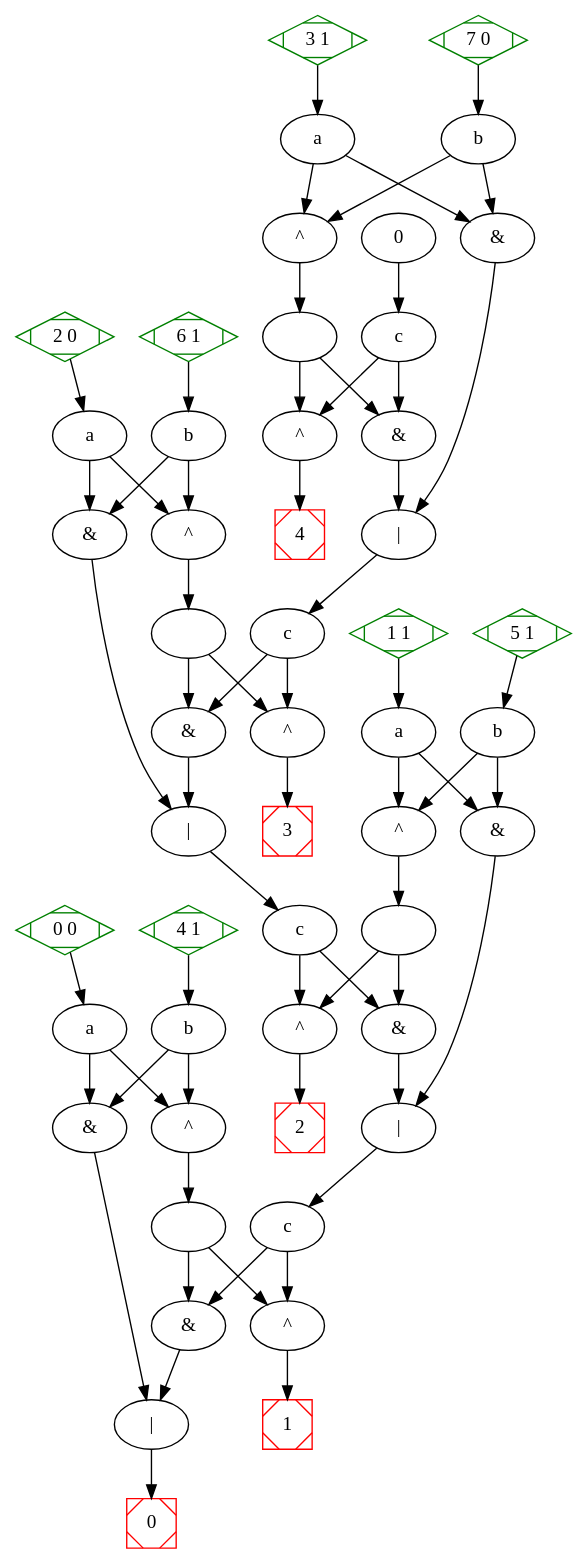
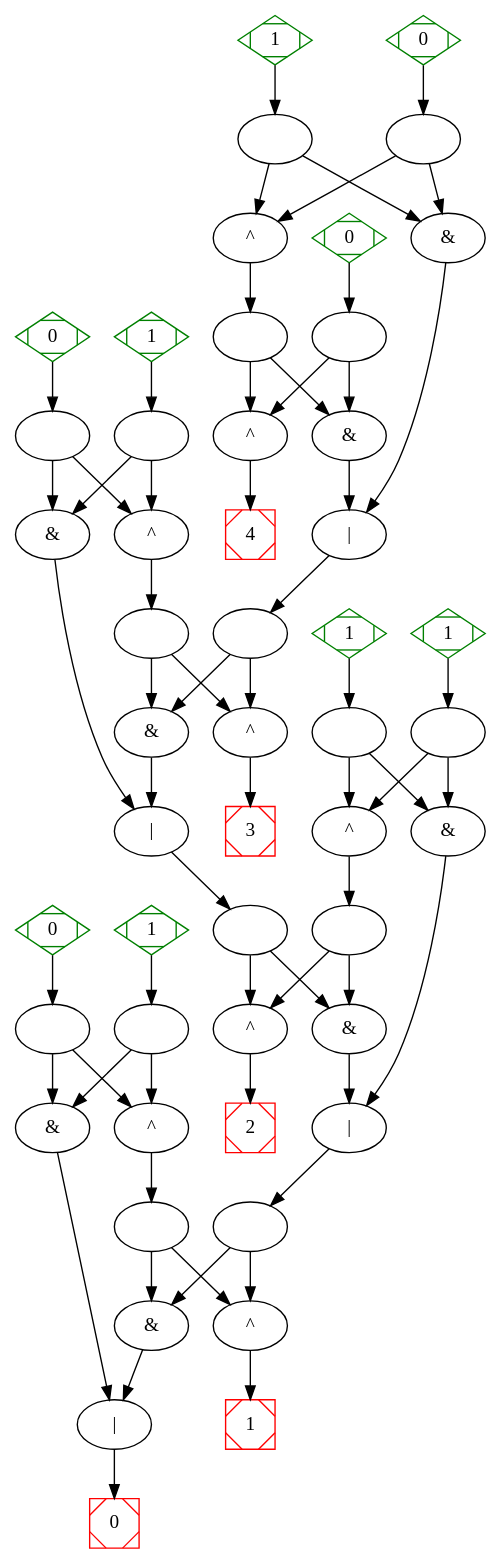
Before and after one commit to Livarg/Projet2-IM: the diagram in Open_digraph.dot, drawn with Graphviz. The commit also changed 4 other files, not shown here.

```diff
--- a/Open_digraph.dot
+++ b/Open_digraph.dot
@@ -1,128 +1,129 @@
 digraph G { 
 
     42->45;
     42->46;
-    42[label = "a"]; 
+    42[label = ""]; 
     43->45;
     43->46;
-    43[label = "b"]; 
+    43[label = ""]; 
     44->48;
     44->50;
-    44[label = "c"]; 
+    44[label = ""]; 
     45->47;
     45[label = "^"]; 
     46->49;
     46[label = "&"]; 
     47->48;
     47->50;
     47[label = ""]; 
     48->49;
     48[label = "&"]; 
     49->30;
     49[label = "|"]; 
     50->52;
     50[label = "^"]; 
     52[label = "4"]; 
     52[shape = Msquare, color = red];
     53->42;
-    53[label = "3 1"]; 
+    53[label = "1"]; 
     53[shape = Mdiamond, color = green];
     54->43;
-    54[label = "7 0"]; 
+    54[label = "0"]; 
     54[shape = Mdiamond, color = green];
     55->44;
     55[label = "0"]; 
+    55[shape = Mdiamond, color = green];
     28->31;
     28->32;
-    28[label = "a"]; 
+    28[label = ""]; 
     29->31;
     29->32;
-    29[label = "b"]; 
+    29[label = ""]; 
     30->34;
     30->36;
-    30[label = "c"]; 
+    30[label = ""]; 
     31->33;
     31[label = "^"]; 
     32->35;
     32[label = "&"]; 
     33->34;
     33->36;
     33[label = ""]; 
     34->35;
     34[label = "&"]; 
     35->16;
     35[label = "|"]; 
     36->38;
     36[label = "^"]; 
     38[label = "3"]; 
     38[shape = Msquare, color = red];
     39->28;
-    39[label = "2 0"]; 
+    39[label = "0"]; 
     39[shape = Mdiamond, color = green];
     40->29;
-    40[label = "6 1"]; 
+    40[label = "1"]; 
     40[shape = Mdiamond, color = green];
     14->17;
     14->18;
-    14[label = "a"]; 
+    14[label = ""]; 
     15->17;
     15->18;
-    15[label = "b"]; 
+    15[label = ""]; 
     16->20;
     16->22;
-    16[label = "c"]; 
+    16[label = ""]; 
     17->19;
     17[label = "^"]; 
     18->21;
     18[label = "&"]; 
     19->20;
     19->22;
     19[label = ""]; 
     20->21;
     20[label = "&"]; 
     21->2;
     21[label = "|"]; 
     22->24;
     22[label = "^"]; 
     24[label = "2"]; 
     24[shape = Msquare, color = red];
     25->14;
-    25[label = "1 1"]; 
+    25[label = "1"]; 
     25[shape = Mdiamond, color = green];
     26->15;
-    26[label = "5 1"]; 
+    26[label = "1"]; 
     26[shape = Mdiamond, color = green];
     0->3;
     0->4;
-    0[label = "a"]; 
+    0[label = ""]; 
     1->3;
     1->4;
-    1[label = "b"]; 
+    1[label = ""]; 
     2->6;
     2->8;
-    2[label = "c"]; 
+    2[label = ""]; 
     3->5;
     3[label = "^"]; 
     4->7;
     4[label = "&"]; 
     5->6;
     5->8;
     5[label = ""]; 
     6->7;
     6[label = "&"]; 
     7->9;
     7[label = "|"]; 
     8->10;
     8[label = "^"]; 
     9[label = "0"]; 
     9[shape = Msquare, color = red];
     10[label = "1"]; 
     10[shape = Msquare, color = red];
     11->0;
-    11[label = "0 0"]; 
+    11[label = "0"]; 
     11[shape = Mdiamond, color = green];
     12->1;
-    12[label = "4 1"]; 
+    12[label = "1"]; 
     12[shape = Mdiamond, color = green];
 
 }
```
